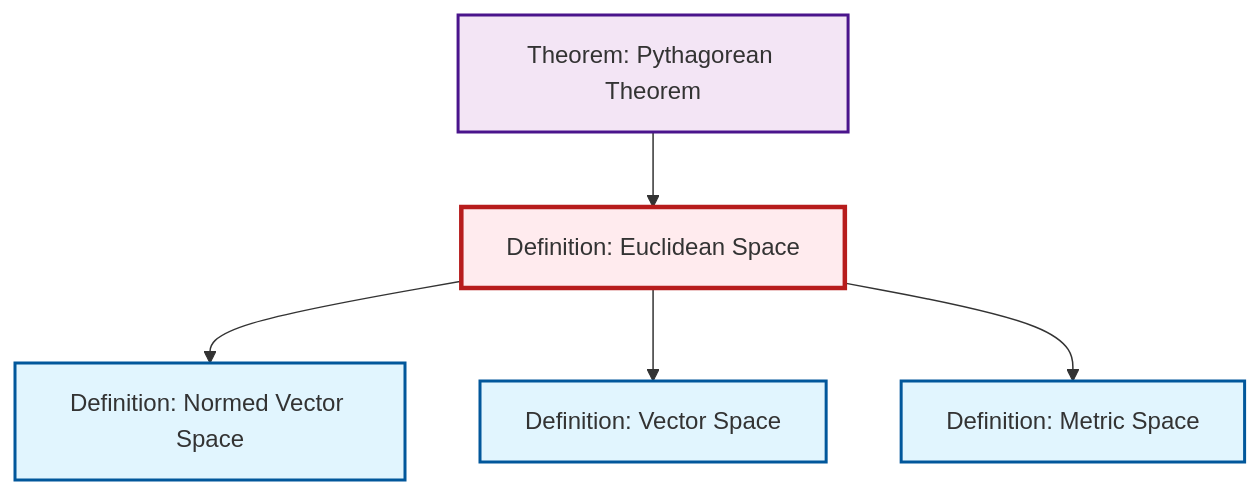
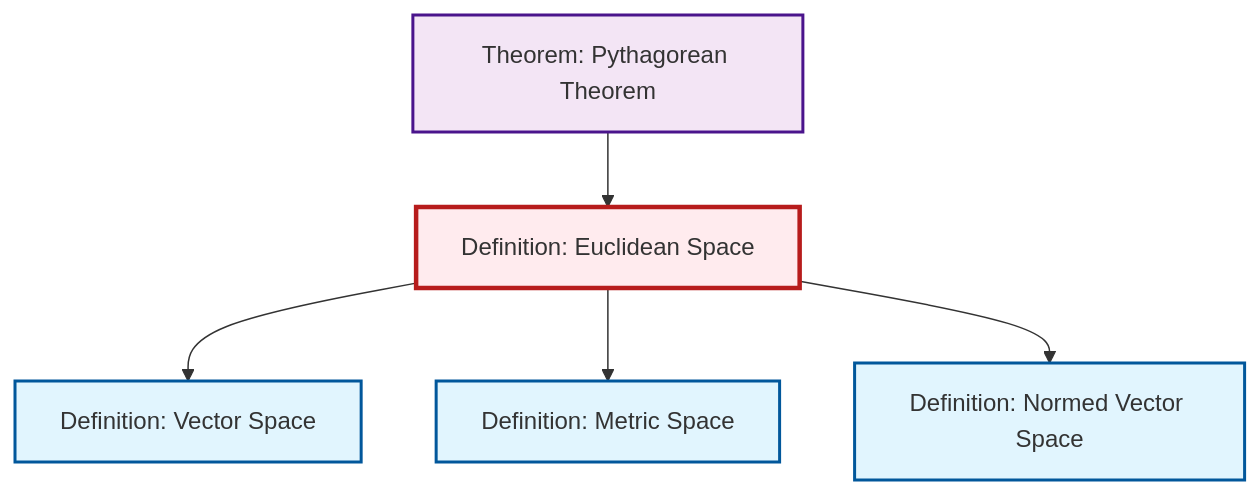
The second of 2 diagrams in content/ja/geometry/def-euclidean-space.qmd (RK0429/ModernMath), drawn with Mermaid before and after one commit. The commit also changed other lines of this file and 619 other files, not shown here.

````diff
--- a/content/ja/geometry/def-euclidean-space.qmd
+++ b/content/ja/geometry/def-euclidean-space.qmd
@@ -70,23 +70,23 @@
 ```{mermaid}
 %%| fig-cap: "Local dependency graph"
 graph TD
     classDef definition fill:#e1f5fe,stroke:#01579b,stroke-width:2px
     classDef theorem fill:#f3e5f5,stroke:#4a148c,stroke-width:2px
     classDef axiom fill:#fff3e0,stroke:#e65100,stroke-width:2px
     classDef example fill:#e8f5e9,stroke:#1b5e20,stroke-width:2px
     classDef current fill:#ffebee,stroke:#b71c1c,stroke-width:3px
+    def-metric-space["Definition: Metric Space"]:::definition
+    thm-pythagorean["Theorem: Pythagorean Theorem"]:::theorem
     def-euclidean-space["Definition: Euclidean Space"]:::definition
+    def-normed-vector-space["Definition: Normed Vector Space"]:::definition
     def-vector-space["Definition: Vector Space"]:::definition
-    thm-pythagorean["Theorem: Pythagorean Theorem"]:::theorem
-    def-metric-space["Definition: Metric Space"]:::definition
-    def-normed-vector-space["Definition: Normed Vector Space"]:::definition
+    def-euclidean-space --> def-vector-space
     thm-pythagorean --> def-euclidean-space
+    def-euclidean-space --> def-metric-space
     def-euclidean-space --> def-normed-vector-space
-    def-euclidean-space --> def-vector-space
-    def-euclidean-space --> def-metric-space
     class def-euclidean-space current
+    click def-metric-space "def-metric-space.html" "Definition: Metric Spaceへ"
+    click thm-pythagorean "thm-pythagorean.html" "Theorem: Pythagorean Theoremへ"
+    click def-normed-vector-space "def-normed-vector-space.html" "Definition: Normed Vector Spaceへ"
     click def-vector-space "def-vector-space.html" "Definition: Vector Spaceへ"
-    click thm-pythagorean "thm-pythagorean.html" "Theorem: Pythagorean Theoremへ"
-    click def-metric-space "def-metric-space.html" "Definition: Metric Spaceへ"
-    click def-normed-vector-space "def-normed-vector-space.html" "Definition: Normed Vector Spaceへ"
 ```
````
